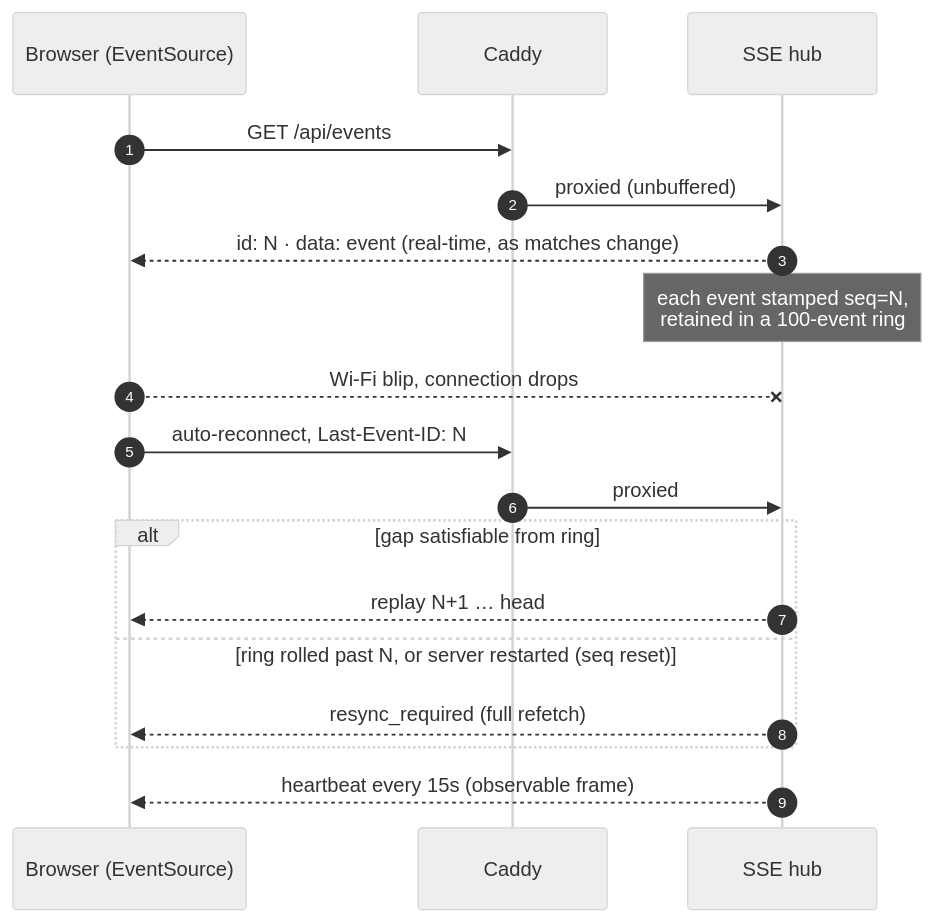
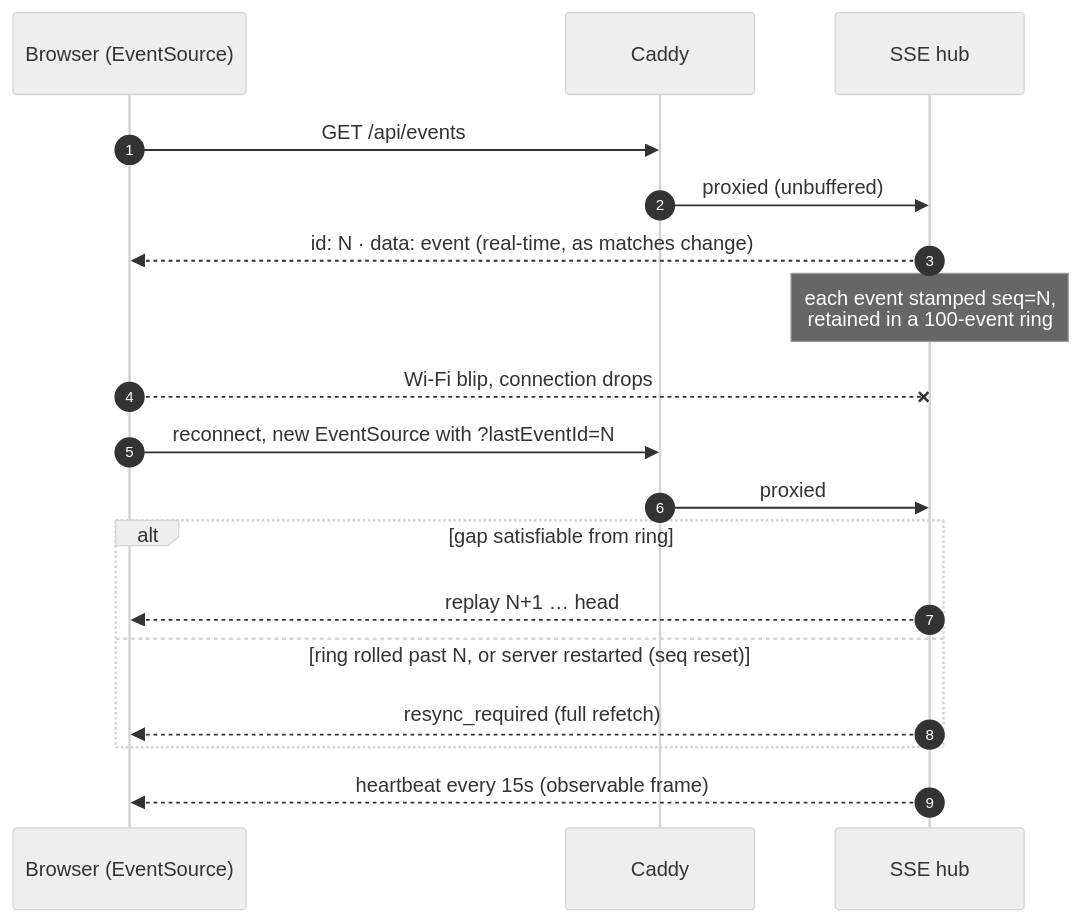
The third of 6 diagrams in docs/architecture/network-architecture.md (gitrgoliveira/bracket-creator), drawn with Mermaid (neutral theme) before and after one commit. The commit also changed other lines of this file and 17 other files, not shown here.

````diff
--- a/docs/architecture/network-architecture.md
+++ b/docs/architecture/network-architecture.md
@@ -72,21 +72,21 @@
 ```mermaid
 sequenceDiagram
     autonumber
     participant B as Browser (EventSource)
     participant C as Caddy
     participant H as SSE hub
 
     B->>C: GET /api/events
     C->>H: proxied (unbuffered)
     H-->>B: id: N · data: event   (real-time, as matches change)
     Note over H: each event stamped seq=N,<br/>retained in a 100-event ring
     B--xH: Wi-Fi blip, connection drops
-    B->>C: auto-reconnect, Last-Event-ID: N
+    B->>C: reconnect, new EventSource with ?lastEventId=N
     C->>H: proxied
     alt gap satisfiable from ring
         H-->>B: replay N+1 … head
     else ring rolled past N, or server restarted (seq reset)
         H-->>B: resync_required (full refetch)
     end
     H-->>B: heartbeat every 15s (observable frame)
 ```
````
